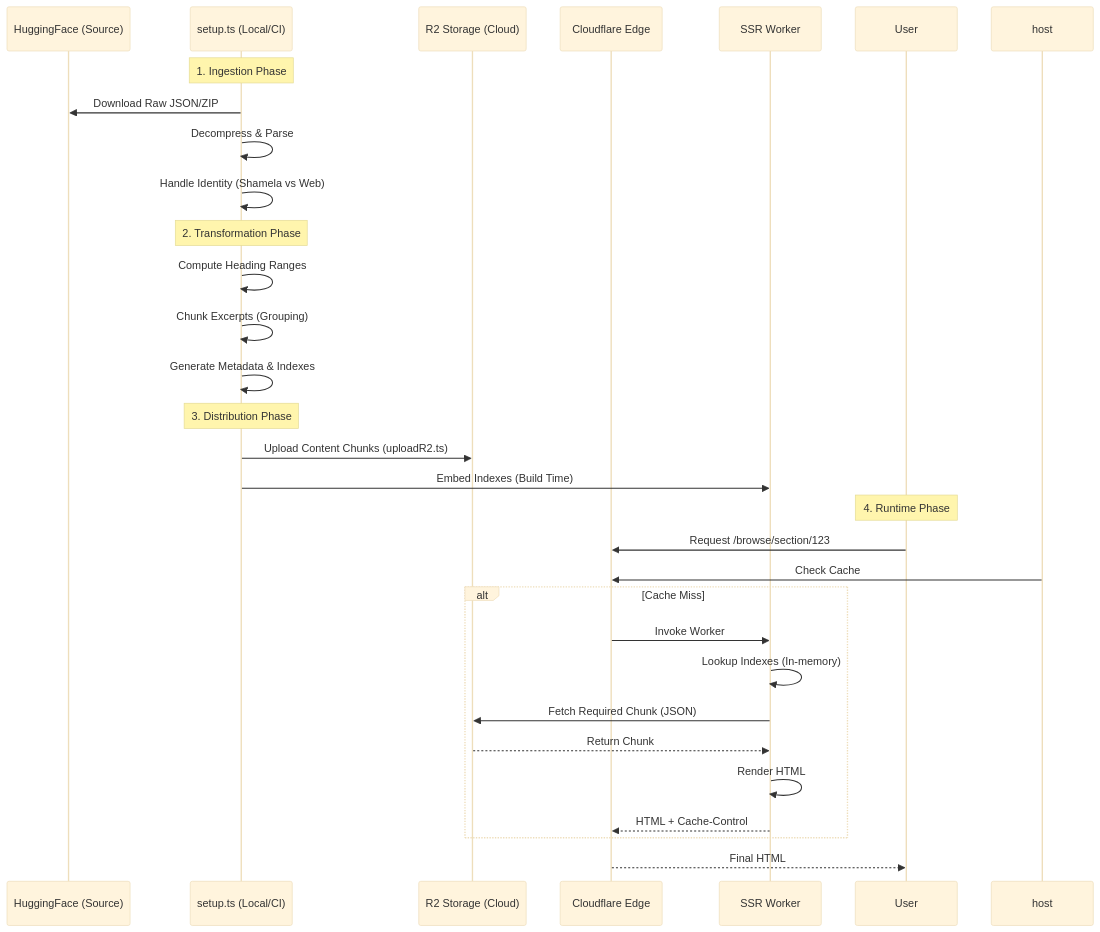
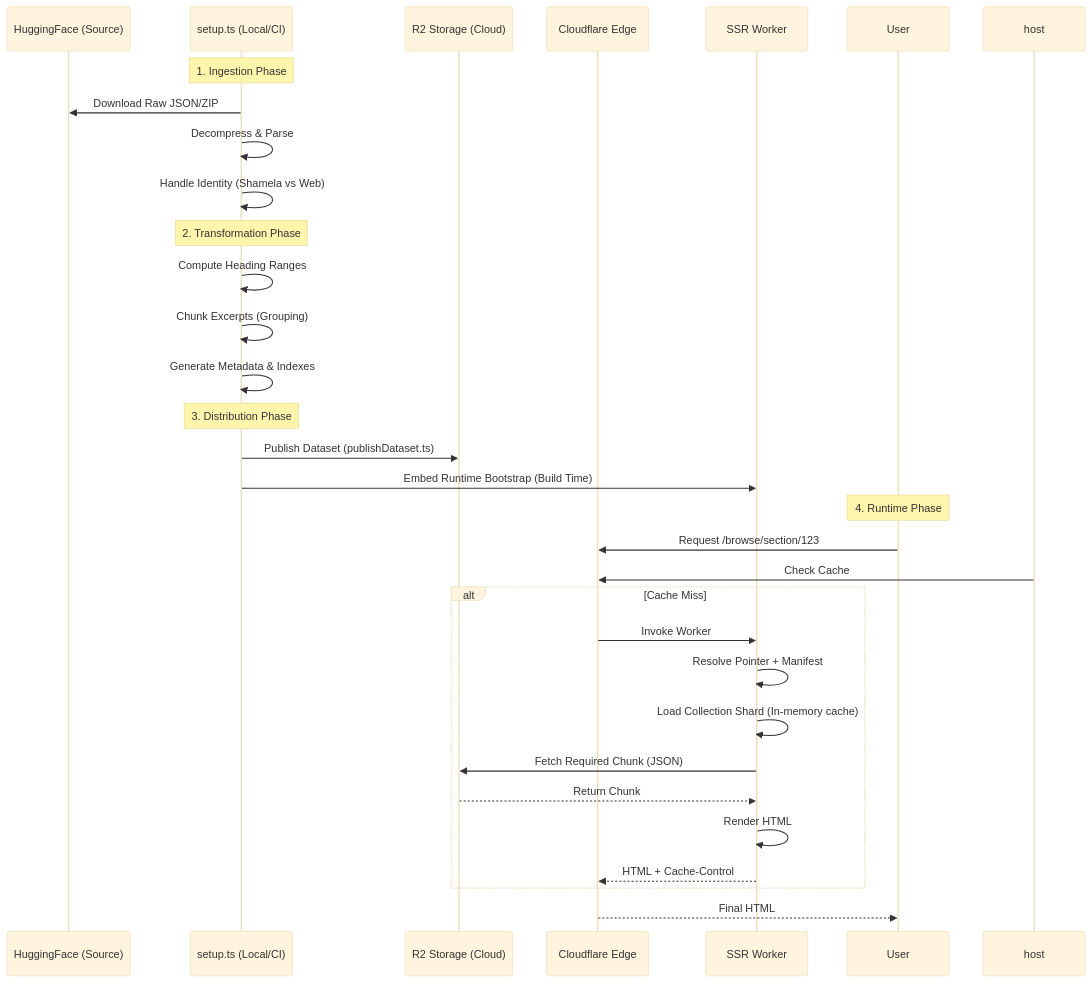
The second of 2 diagrams in docs/architecture.md (ragaeeb/ilmtest.io), drawn with Mermaid (base theme) before and after one commit. The commit also changed other lines of this file and 81 other files, not shown here.

````diff
--- a/docs/architecture.md
+++ b/docs/architecture.md
@@ -70,36 +76,37 @@
 ```mermaid
 sequenceDiagram
     participant HF as HuggingFace (Source)
     participant ETL as setup.ts (Local/CI)
     participant R2 as R2 Storage (Cloud)
     participant Edge as Cloudflare Edge
     participant SSR as SSR Worker
     participant User
 
     Note over ETL: 1. Ingestion Phase
     ETL->>HF: Download Raw JSON/ZIP
     ETL->>ETL: Decompress & Parse
     ETL->>ETL: Handle Identity (Shamela vs Web)
     
     Note over ETL: 2. Transformation Phase
     ETL->>ETL: Compute Heading Ranges
     ETL->>ETL: Chunk Excerpts (Grouping)
     ETL->>ETL: Generate Metadata & Indexes
     
     Note over ETL: 3. Distribution Phase
-    ETL->>R2: Upload Content Chunks (uploadR2.ts)
-    ETL->>SSR: Embed Indexes (Build Time)
+    ETL->>R2: Publish Dataset (publishDataset.ts)
+    ETL->>SSR: Embed Runtime Bootstrap (Build Time)
     
     Note over User: 4. Runtime Phase
     User->>Edge: Request /browse/section/123
     host->>Edge: Check Cache
     alt Cache Miss
         Edge->>SSR: Invoke Worker
-        SSR->>SSR: Lookup Indexes (In-memory)
+        SSR->>SSR: Resolve Pointer + Manifest
+        SSR->>SSR: Load Collection Shard (In-memory cache)
         SSR->>R2: Fetch Required Chunk (JSON)
         R2-->>SSR: Return Chunk
         SSR->>SSR: Render HTML
         SSR-->>Edge: HTML + Cache-Control
     end
     Edge-->>User: Final HTML
 ```
````
